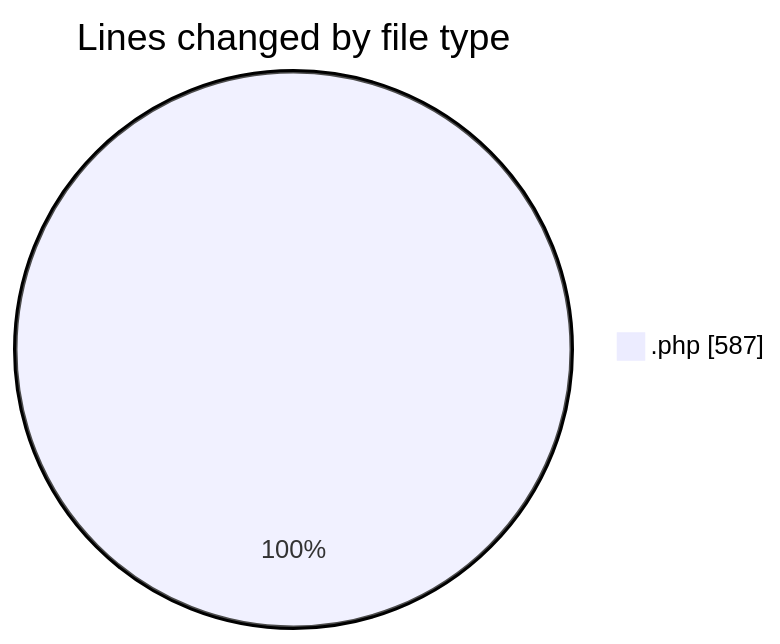
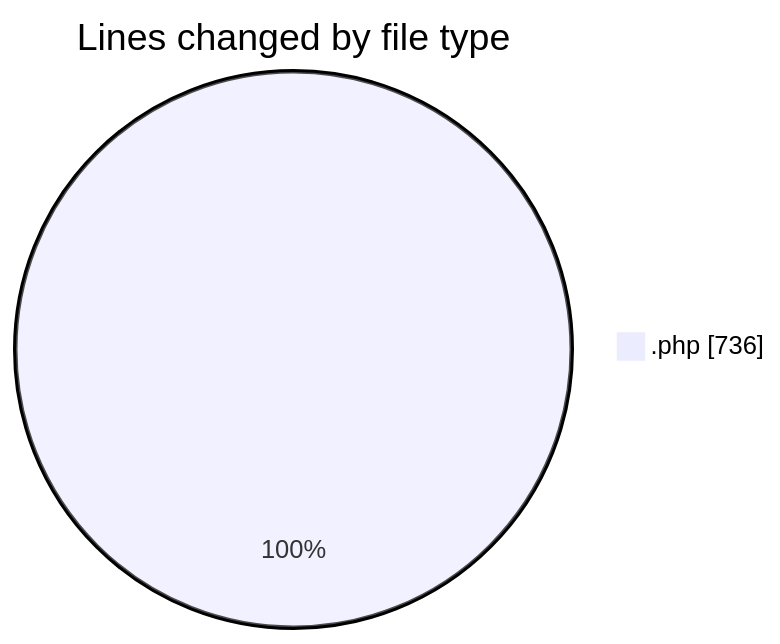
Before and after one commit to LanceThiago/code-tracking: the first of 2 diagrams in 2025-01-14/oficina/README.md, drawn with Mermaid. The commit also changed other lines of this file and 1 other file, not shown here.

````diff
--- a/2025-01-14/oficina/README.md
+++ b/2025-01-14/oficina/README.md
@@ -20,5 +21,5 @@
 ```mermaid
 pie showData
 title Lines changed by file type
-".php" : 587
+".php" : 736
 ```
````
